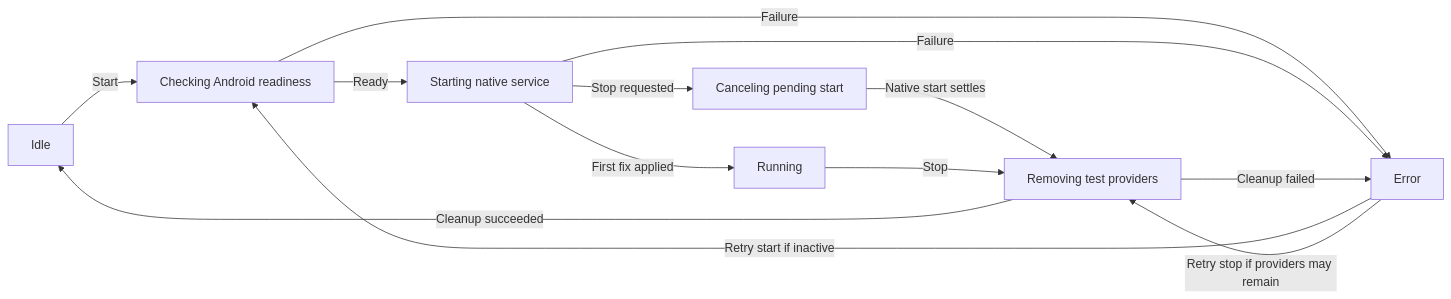
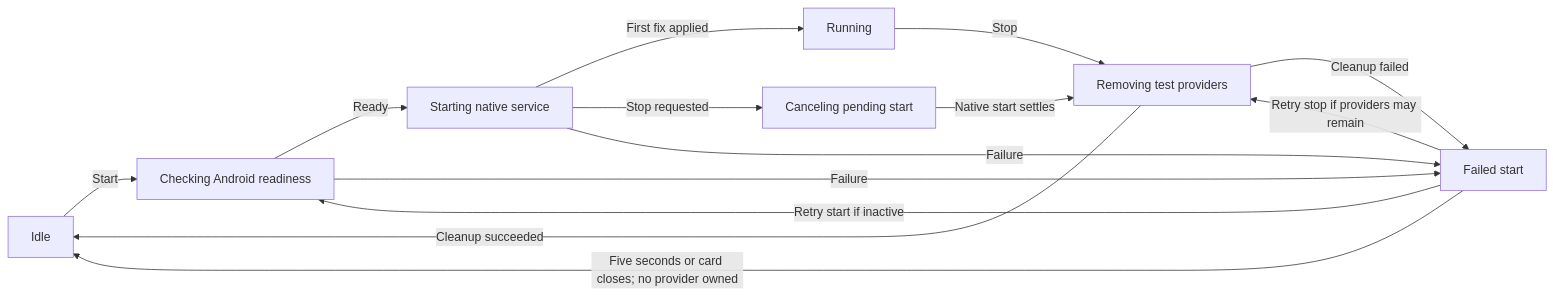
Before and after one commit to LeoooJR/AROW-mobile: the diagram in src/features/simulation/README.md, drawn with Mermaid. The commit also changed other lines of this file and 10 other files, not shown here.

Commit message:
Dismiss failed simulation starts when the map card closes

````diff
--- a/src/features/simulation/README.md
+++ b/src/features/simulation/README.md
@@ -24,15 +24,16 @@
 ```mermaid
 flowchart LR
     Idle[Idle] -->|Start| Checking[Checking Android readiness]
     Checking -->|Ready| Starting[Starting native service]
     Starting -->|First fix applied| Running[Running]
     Starting -->|Stop requested| Canceling[Canceling pending start]
     Canceling -->|Native start settles| Stopping
     Running -->|Stop| Stopping[Removing test providers]
     Stopping -->|Cleanup succeeded| Idle
-    Checking -->|Failure| Error[Error]
+    Checking -->|Failure| Error[Failed start]
     Starting -->|Failure| Error
+    Error -->|Five seconds or card closes; no provider owned| Idle
     Stopping -->|Cleanup failed| Error
     Error -->|Retry start if inactive| Checking
     Error -->|Retry stop if providers may remain| Stopping
 ```
````
